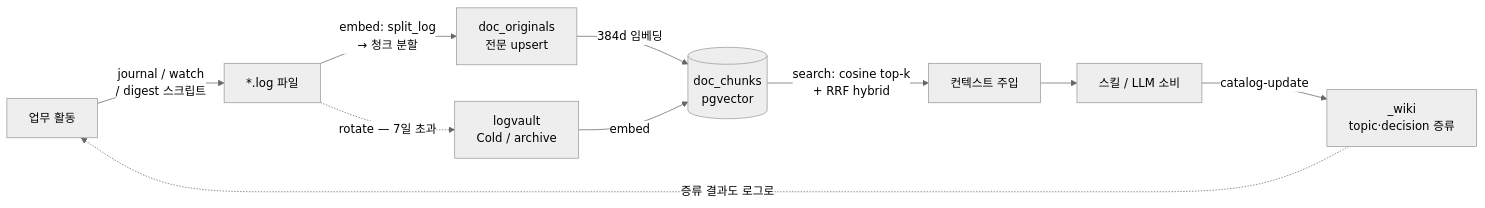
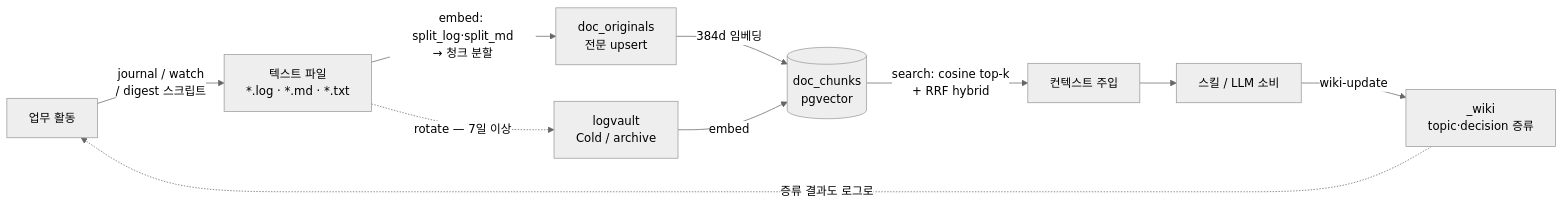
Before and after one commit to mzd-nrkim/loregist: the sixth of 9 diagrams in ARCHITECTURE.md, drawn with Mermaid (neutral theme). The commit also changed other lines of this file and 45 other files, not shown here.

````diff
--- a/ARCHITECTURE.md
+++ b/ARCHITECTURE.md
@@ -147,12 +217,12 @@
 ```mermaid
 flowchart LR
-    WORK[업무 활동] -->|"journal / watch\n/ digest 스크립트"| LOG["*.log 파일"]
-    LOG -->|"embed: split_log\n→ 청크 분할"| UP["doc_originals\n전문 upsert"]
+    WORK[업무 활동] -->|"journal / watch\n/ digest 스크립트"| LOG["텍스트 파일\n*.log · *.md · *.txt"]
+    LOG -->|"embed: split_log·split_md\n→ 청크 분할"| UP["doc_originals\n전문 upsert"]
     UP -->|"384d 임베딩"| DC[("doc_chunks\npgvector")]
     DC -->|"search: cosine top-k\n+ RRF hybrid"| CTX[컨텍스트 주입]
     CTX --> SKILL[스킬 / LLM 소비]
-    SKILL -->|"catalog-update"| WIKI["_wiki\ntopic·decision 증류"]
+    SKILL -->|"wiki-update"| WIKI["_wiki\ntopic·decision 증류"]
     WIKI -.->|"증류 결과도 로그로"| WORK
-    LOG -.->|"rotate — 7일 초과"| VAULT["logvault\nCold / archive"]
+    LOG -.->|"rotate — 7일 이상"| VAULT["logvault\nCold / archive"]
     VAULT -->|"embed"| DC
 ```
````
